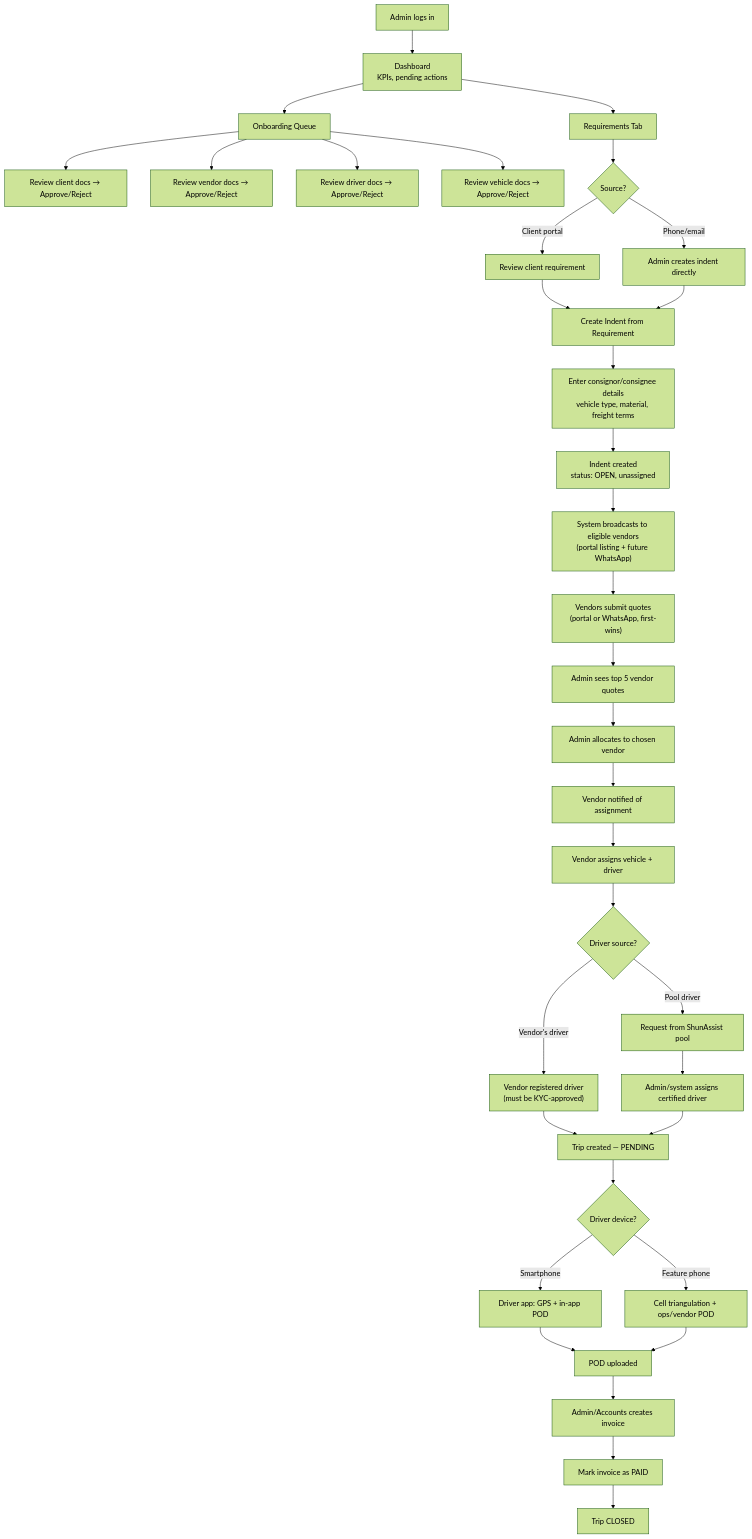
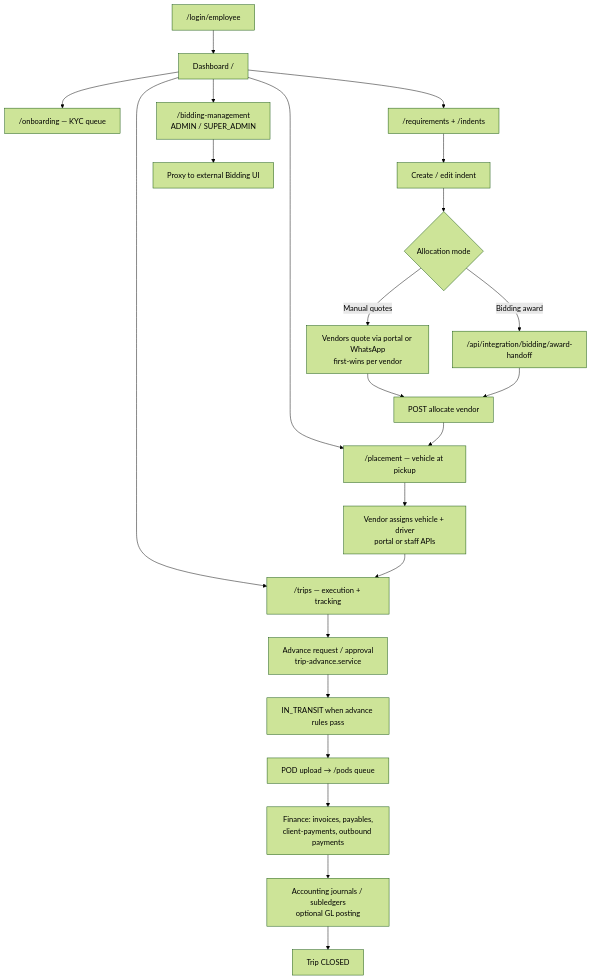
One commit to shunlink/tms changed the fifth of 20 diagrams in docs/ARCHITECTURE_AND_USER_FLOW.md. Above: the diagram before and after it, drawn with Mermaid (forest theme). The commit also changed other lines of this file and 7 other files, not shown here.

````diff
--- a/docs/ARCHITECTURE_AND_USER_FLOW.md
+++ b/docs/ARCHITECTURE_AND_USER_FLOW.md
@@ -191,46 +202,28 @@
 ```mermaid
 flowchart TD
-    A["Admin logs in"] --> B["Dashboard<br/>KPIs, pending actions"]
+    A["/login/employee"] --> B["Dashboard /"]
+    B --> C["/onboarding — KYC queue"]
+    B --> D["/requirements + /indents"]
+    B --> E["/placement — vehicle at pickup"]
+    B --> F["/trips — execution + tracking"]
 
-    B --> C["Onboarding Queue"]
-    C --> C1["Review client docs → Approve/Reject"]
-    C --> C2["Review vendor docs → Approve/Reject"]
-    C --> C3["Review driver docs → Approve/Reject"]
-    C --> C4["Review vehicle docs → Approve/Reject"]
+    D --> G["Create / edit indent"]
+    G --> H{"Allocation mode"}
+    H -->|Manual quotes| I["Vendors quote via portal or WhatsApp<br/>first-wins per vendor"]
+    H -->|Bidding award| J["/api/integration/bidding/award-handoff"]
+    I --> K["POST allocate vendor"]
+    J --> K
+    K --> E
+    E --> L["Vendor assigns vehicle + driver<br/>portal or staff APIs"]
+    L --> F
 
-    B --> D["Requirements Tab"]
-    D --> D1{"Source?"}
-    D1 -->|Client portal| D2["Review client requirement"]
-    D1 -->|Phone/email| D3["Admin creates indent directly"]
+    F --> M["Advance request / approval<br/>trip-advance.service"]
+    M --> N["IN_TRANSIT when advance rules pass"]
+    N --> O["POD upload → /pods queue"]
+    O --> P["Finance: invoices, payables,<br/>client-payments, outbound payments"]
+    P --> Q["Accounting journals / subledgers<br/>optional GL posting"]
+    Q --> R["Trip CLOSED"]
 
-    D2 --> E["Create Indent from Requirement"]
-    D3 --> E
-
-    E --> F["Enter consignor/consignee details<br/>vehicle type, material, freight terms"]
-    F --> G["Indent created<br/>status: OPEN, unassigned"]
-
-    G --> H["System broadcasts to eligible vendors<br/>(portal listing + future WhatsApp)"]
-    H --> I["Vendors submit quotes<br/>(portal or WhatsApp, first-wins)"]
-
-    I --> J["Admin sees top 5 vendor quotes"]
-    J --> K["Admin allocates to chosen vendor"]
-    K --> L["Vendor notified of assignment"]
-
-    L --> M["Vendor assigns vehicle + driver"]
-    M --> N{"Driver source?"}
-    N -->|Vendor's driver| O["Vendor registered driver<br/>(must be KYC-approved)"]
-    N -->|Pool driver| P["Request from ShunAssist pool"]
-    P --> Q["Admin/system assigns certified driver"]
-
-    O --> R["Trip created — PENDING"]
-    Q --> R
-
-    R --> S{"Driver device?"}
-    S -->|Smartphone| S1["Driver app: GPS + in-app POD"]
-    S -->|Feature phone| S2["Cell triangulation + ops/vendor POD"]
-    S1 --> T["POD uploaded"]
-    S2 --> T
-    T --> U["Admin/Accounts creates invoice"]
-    U --> V["Mark invoice as PAID"]
-    V --> W["Trip CLOSED"]
+    B --> S["/bidding-management<br/>ADMIN / SUPER_ADMIN"]
+    S --> T["Proxy to external Bidding UI"]
 ```
````
